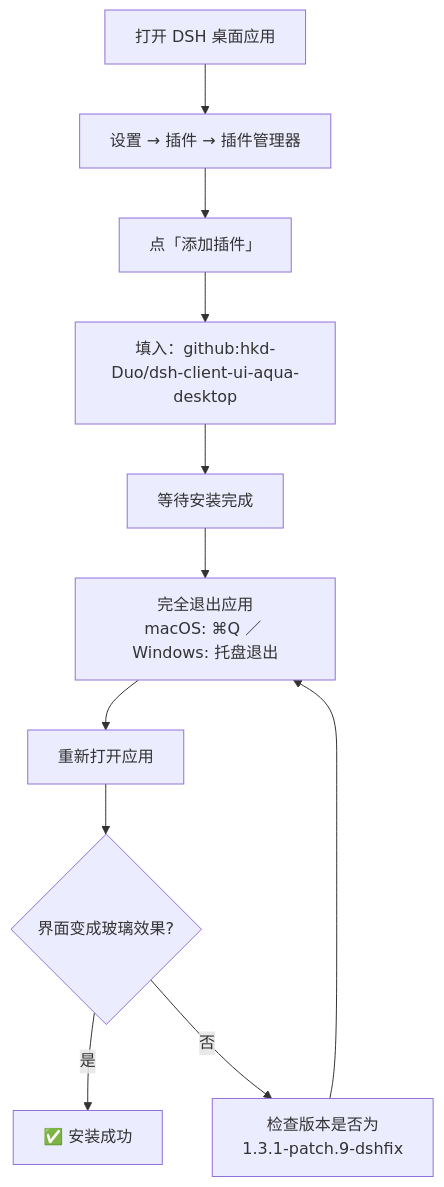
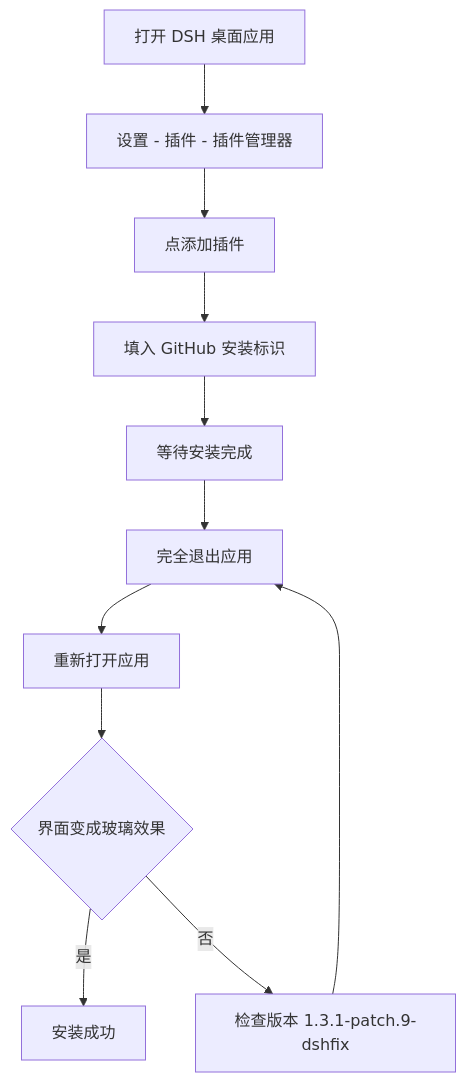
One commit to hkd-Duo/dsh-client-ui-aqua-desktop changed the first of 2 diagrams in README.zh.md. Above: the diagram before and after it, drawn with Mermaid. The commit also changed other lines of this file and 3 other files, not shown here.

First line of the commit message:
fix(docs): make mermaid diagrams parser-safe

````diff
--- a/README.zh.md
+++ b/README.zh.md
@@ -27,13 +27,13 @@
 ```mermaid
 flowchart TD
-    A[打开 DSH 桌面应用] --> B[设置 → 插件 → 插件管理器]
-    B --> C[点「添加插件」]
-    C --> D["填入：github:hkd-Duo/dsh-client-ui-aqua-desktop"]
+    A[打开 DSH 桌面应用] --> B[设置 - 插件 - 插件管理器]
+    B --> C[点添加插件]
+    C --> D[填入 GitHub 安装标识]
     D --> E[等待安装完成]
-    E --> F[完全退出应用<br/>macOS: ⌘Q ／ Windows: 托盘退出]
+    E --> F[完全退出应用]
     F --> G[重新打开应用]
-    G --> H{界面变成玻璃效果?}
-    H -->|是| I[✅ 安装成功]
-    H -->|否| J[检查版本是否为<br/>1.3.1-patch.9-dshfix]
+    G --> H{界面变成玻璃效果}
+    H -- 是 --> I[安装成功]
+    H -- 否 --> J[检查版本 1.3.1-patch.9-dshfix]
     J --> F
 ```
````
